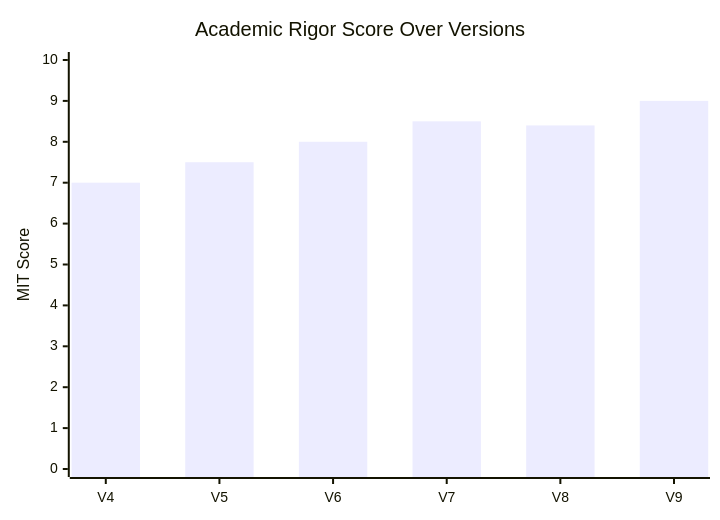
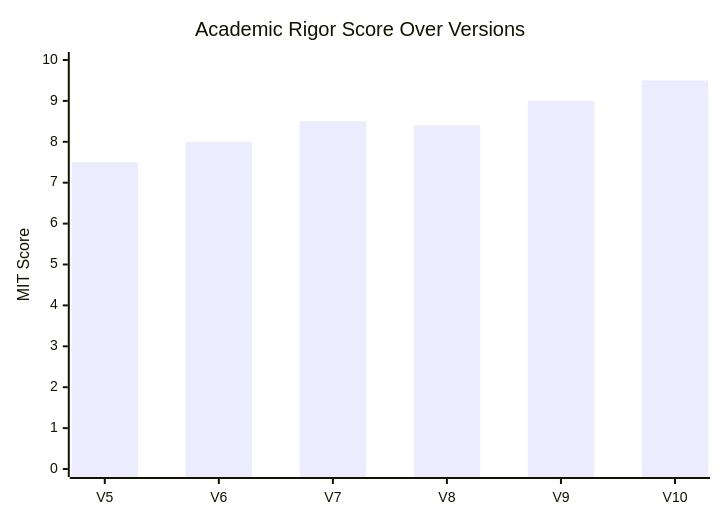
Before and after one commit to yuicnswu/cyber-intercept-defense: the second of 2 diagrams in Version_Comparison.md, drawn with Mermaid. The commit also changed other lines of this file and 2 other files, not shown here.

````diff
--- a/Version_Comparison.md
+++ b/Version_Comparison.md
@@ -204,7 +221,7 @@
 ```mermaid
 xychart-beta
     title "Academic Rigor Score Over Versions"
-    x-axis ["V4", "V5", "V6", "V7", "V8", "V9"]
+    x-axis ["V5", "V6", "V7", "V8", "V9", "V10"]
     y-axis "MIT Score" 0 --> 10
-    bar [7.0, 7.5, 8.0, 8.5, 8.4, 9.0]
+    bar [7.5, 8.0, 8.5, 8.4, 9.0, 9.5]
 ```
````
